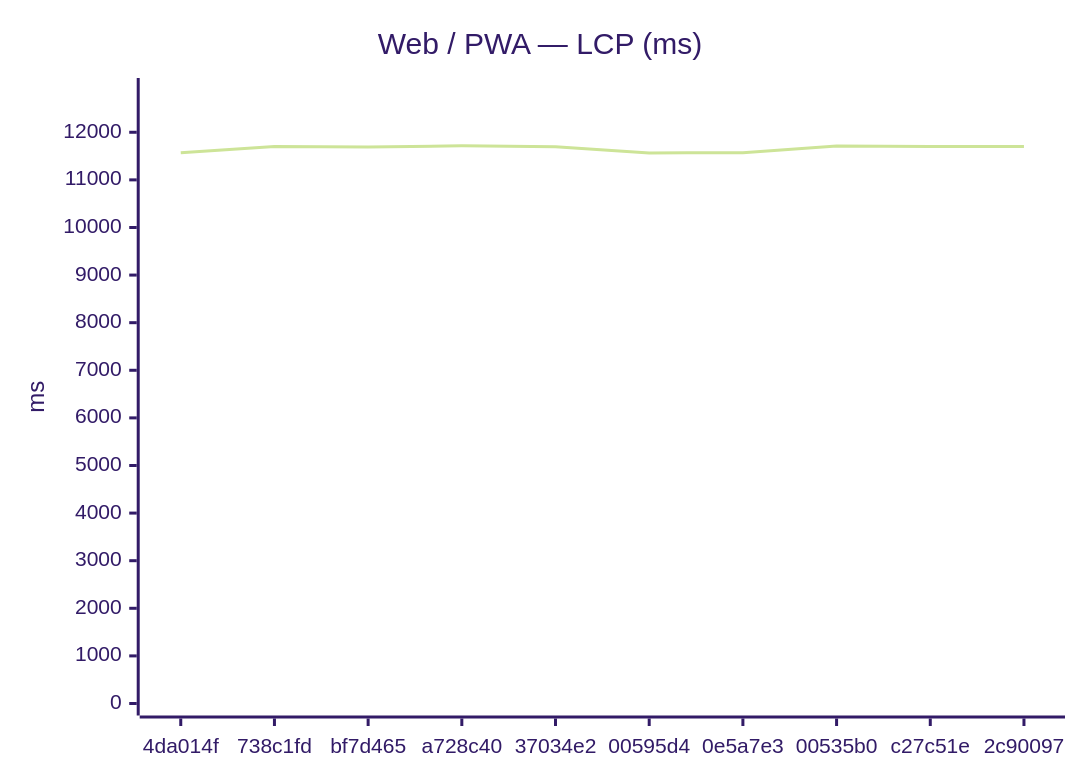
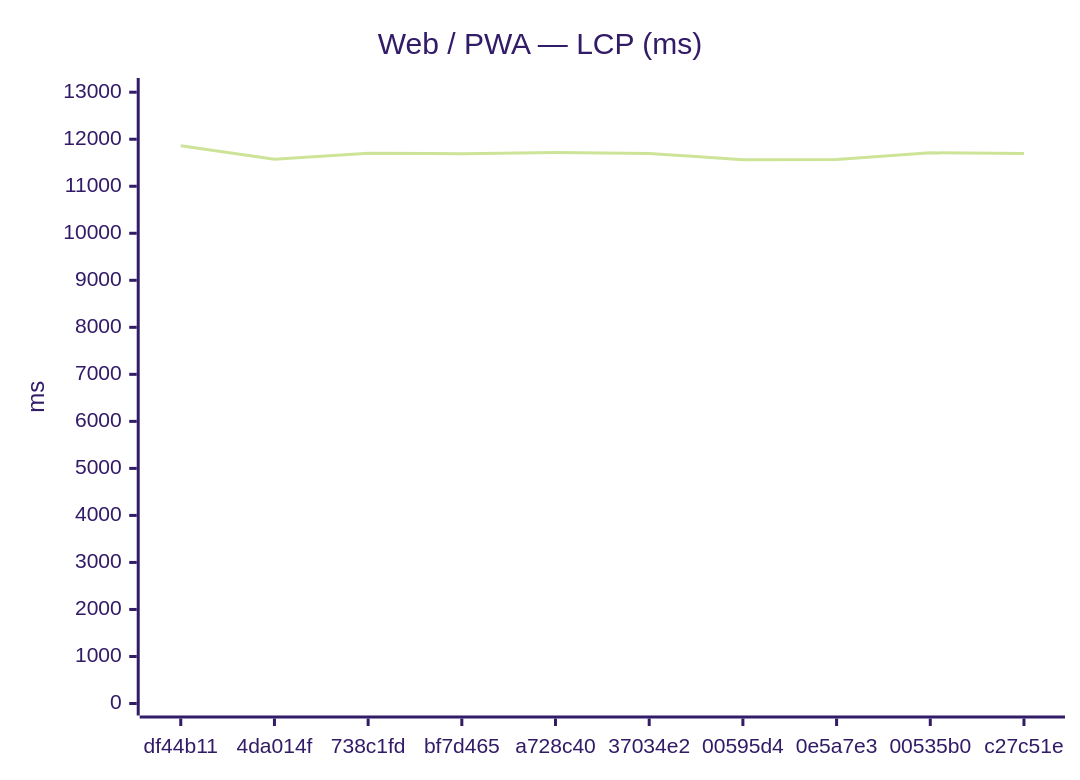
Before and after one commit to Metaheurist/Rianell: the first of 24 diagrams in benchmarks/compare.md, drawn with Mermaid (forest theme). The commit also changed other lines of this file and 12 other files, not shown here.

````diff
--- a/benchmarks/compare.md
+++ b/benchmarks/compare.md
@@ -24,7 +24,7 @@
 ```mermaid
 xychart-beta
     title "Web / PWA — LCP (ms)"
-    x-axis ["4da014f", "738c1fd", "bf7d465", "a728c40", "37034e2", "00595d4", "0e5a7e3", "00535b0", "c27c51e", "2c90097"]
-    y-axis "ms" 0 --> 12888
-    line [11572, 11701, 11691, 11716, 11698, 11566, 11571, 11711, 11699, 11703]
+    x-axis ["df44b11", "4da014f", "738c1fd", "bf7d465", "a728c40", "37034e2", "00595d4", "0e5a7e3", "00535b0", "c27c51e"]
+    y-axis "ms" 0 --> 13047
+    line [11860, 11572, 11701, 11691, 11716, 11698, 11566, 11571, 11711, 11699]
 ```
````
